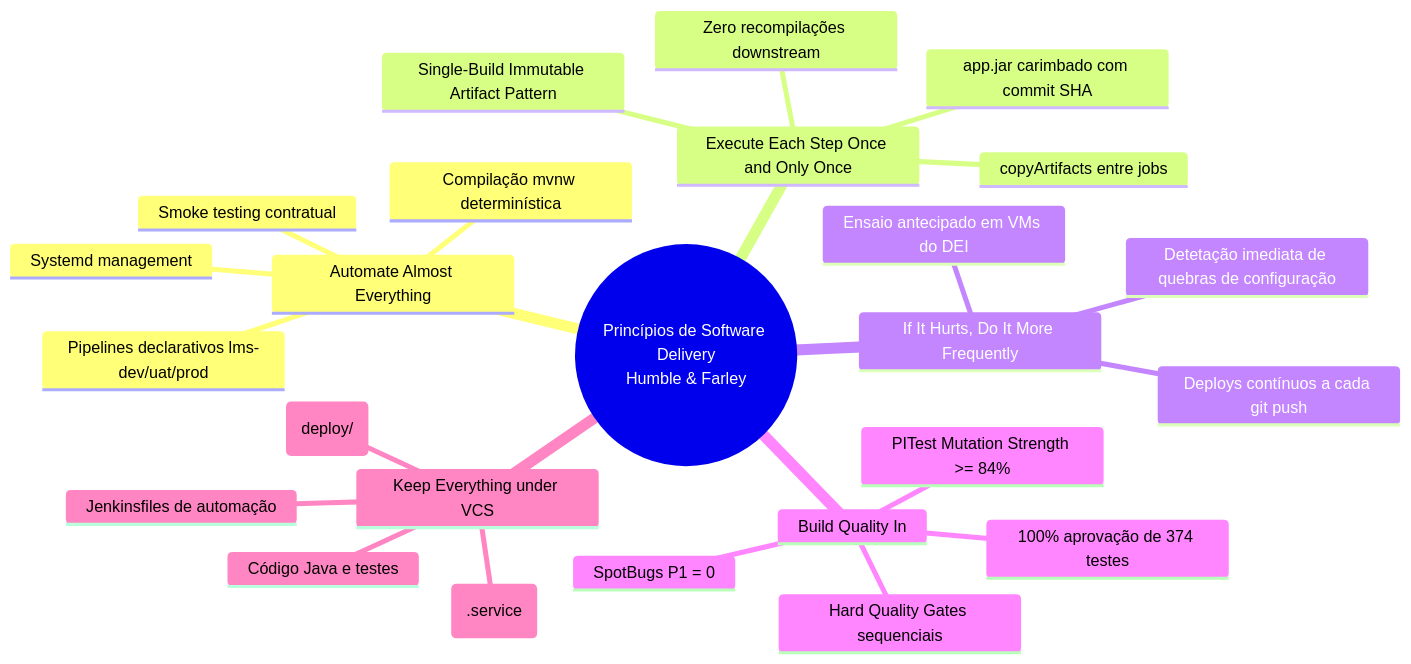
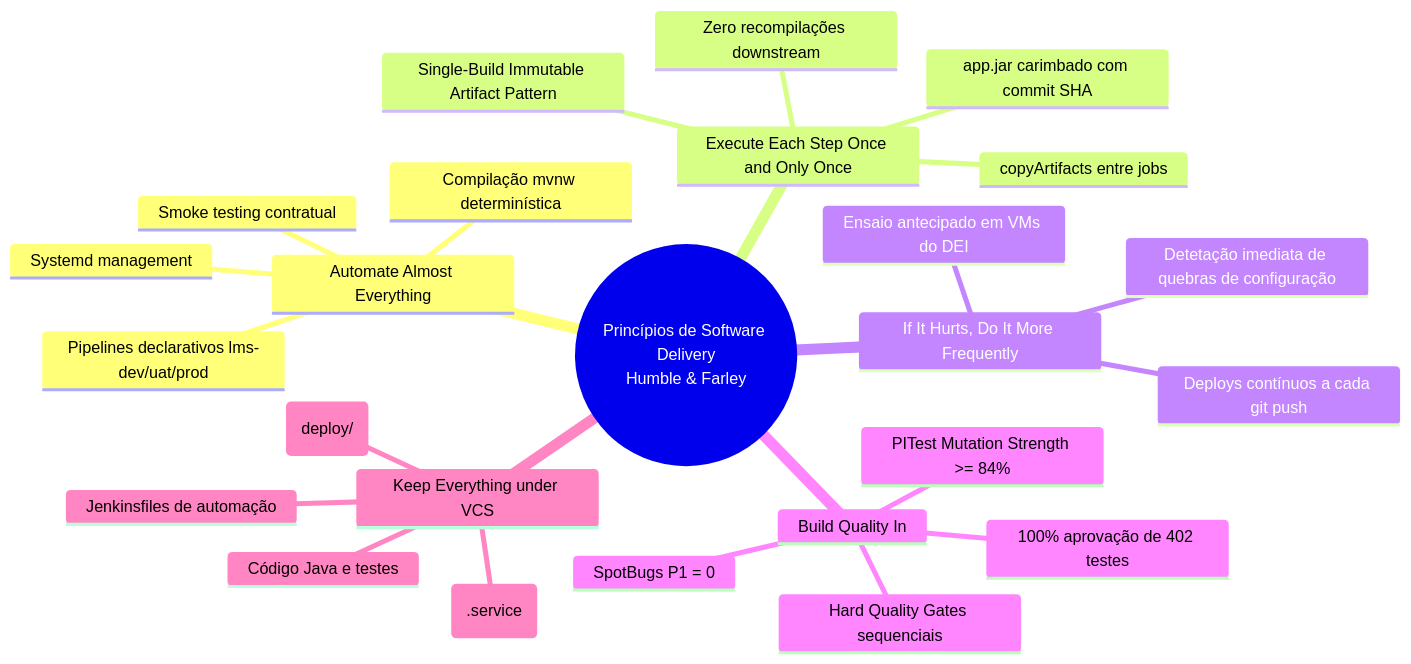
Before and after one commit to RafaelBrandao04/psoft-project-2026-1: the fourth of 4 diagrams in Docs/ODSOFT/process-evaluation/process-evaluation-and-improvement.md, drawn with Mermaid. The commit also changed other lines of this file and 9 other files, not shown here.

````diff
--- a/Docs/ODSOFT/process-evaluation/process-evaluation-and-improvement.md
+++ b/Docs/ODSOFT/process-evaluation/process-evaluation-and-improvement.md
@@ -257,33 +257,33 @@
 ```mermaid
 mindmap
   root((Princípios de Software Delivery<br/>Humble & Farley))
     Automate Almost Everything
       ::icon(fa fa-robot)
       Compilação mvnw determinística
       Pipelines declarativos lms-dev/uat/prod
       Systemd management
       Smoke testing contratual
     Execute Each Step Once and Only Once
       ::icon(fa fa-box)
       Single-Build Immutable Artifact Pattern
       app.jar carimbado com commit SHA
       copyArtifacts entre jobs
       Zero recompilações downstream
     If It Hurts, Do It More Frequently
       ::icon(fa fa-heartbeat)
       Deploys contínuos a cada git push
       Ensaio antecipado em VMs do DEI
       Detetação imediata de quebras de configuração
     Build Quality In
       ::icon(fa fa-shield-alt)
       Hard Quality Gates sequenciais
       SpotBugs P1 = 0
-      100% aprovação de 374 testes
+      100% aprovação de 402 testes
       PITest Mutation Strength >= 84%
     Keep Everything under VCS
       ::icon(fa fa-code-branch)
       Código Java e testes
       Scripts de infraestrutura (deploy/)
       Templates systemd (.service)
       Jenkinsfiles de automação
 ```
````
